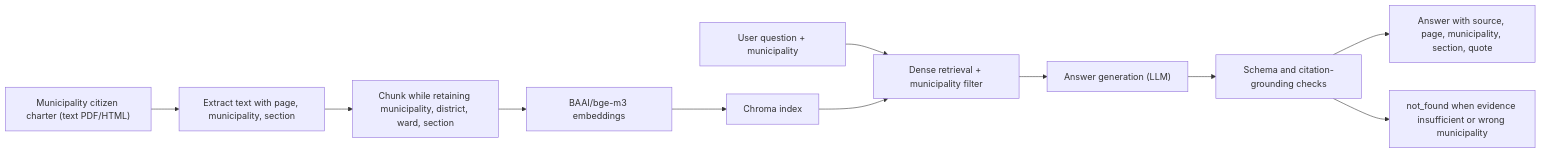
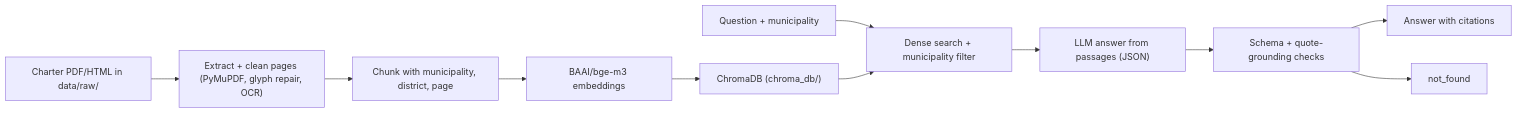
The diagram in README.md (HAliveKP/Khula-Gyan), drawn with Mermaid before and after one commit. The commit also changed other lines of this file and 8 other files, not shown here.

````diff
--- a/README.md
+++ b/README.md
@@ -65,13 +22,13 @@
-~~~mermaid
+```mermaid
 flowchart LR
-  S["Municipality citizen charter (text PDF/HTML)"] --> P["Extract text with page, municipality, section"]
-  P --> C["Chunk while retaining municipality, district, ward, section"]
+  S["Charter PDF/HTML in data/raw/"] --> P["Extract + clean pages (PyMuPDF, glyph repair, OCR)"]
+  P --> C["Chunk with municipality, district, page"]
   C --> E["BAAI/bge-m3 embeddings"]
-  E --> V["Chroma index"]
-  Q["User question + municipality"] --> R["Dense retrieval + municipality filter"]
+  E --> V["ChromaDB (chroma_db/)"]
+  Q["Question + municipality"] --> R["Dense search + municipality filter"]
   V --> R
-  R --> G["Answer generation (LLM)"]
-  G --> A["Schema and citation-grounding checks"]
-  A --> O["Answer with source, page, municipality, section, quote"]
-  A --> N["not_found when evidence insufficient or wrong municipality"]
-~~~
+  R --> G["LLM answer from passages (JSON)"]
+  G --> K["Schema + quote-grounding checks"]
+  K --> A["Answer with citations"]
+  K --> N["not_found"]
+```
````
